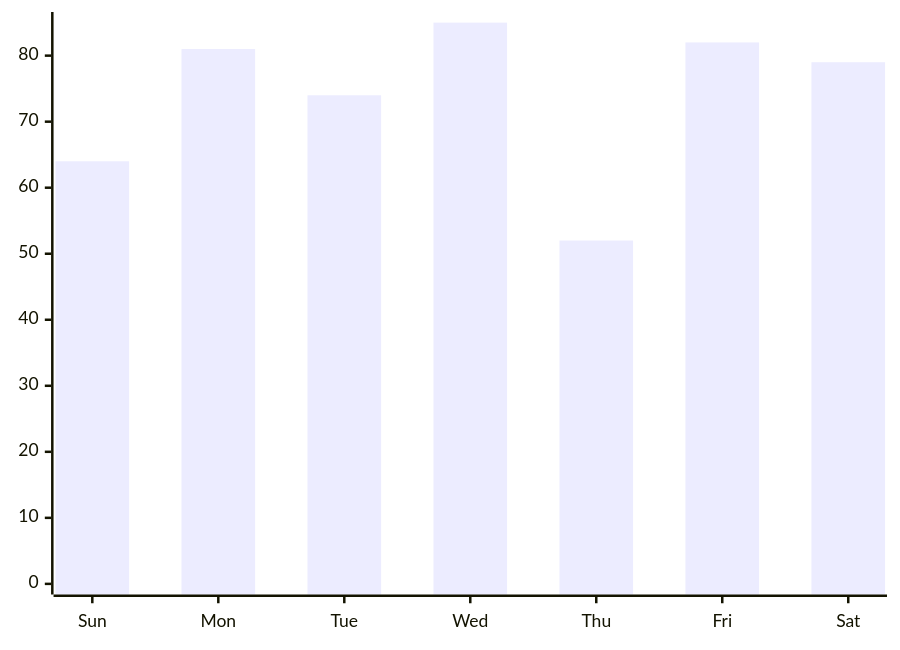
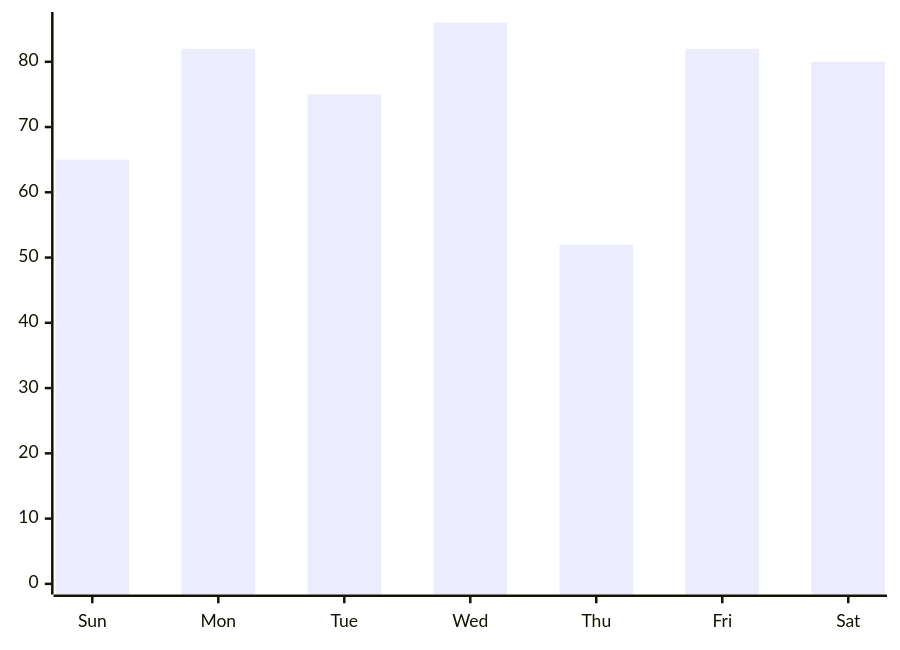
One commit to austrellum/navigator changed the fourth of 4 diagrams in index.stats.md. Above: the diagram before and after it, drawn with Mermaid. The commit also changed other lines of this file and 8 other files, not shown here.

````diff
--- a/index.stats.md
+++ b/index.stats.md
@@ -40,6 +40,6 @@
 ```mermaid
 xychart-beta
   x-axis ["Sun","Mon","Tue","Wed","Thu","Fri","Sat"]
-  y-axis 0 --> 85
-  bar [64,81,74,85,52,82,79]
+  y-axis 0 --> 86
+  bar [65,82,75,86,52,82,80]
 ```
````
